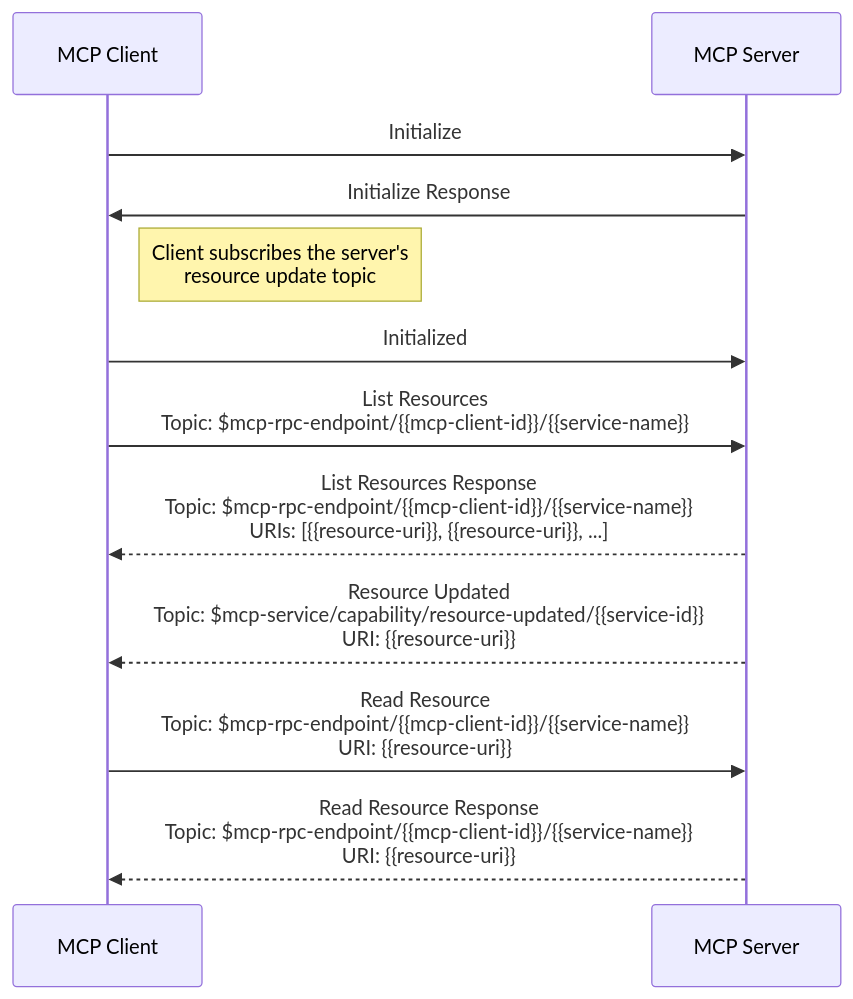
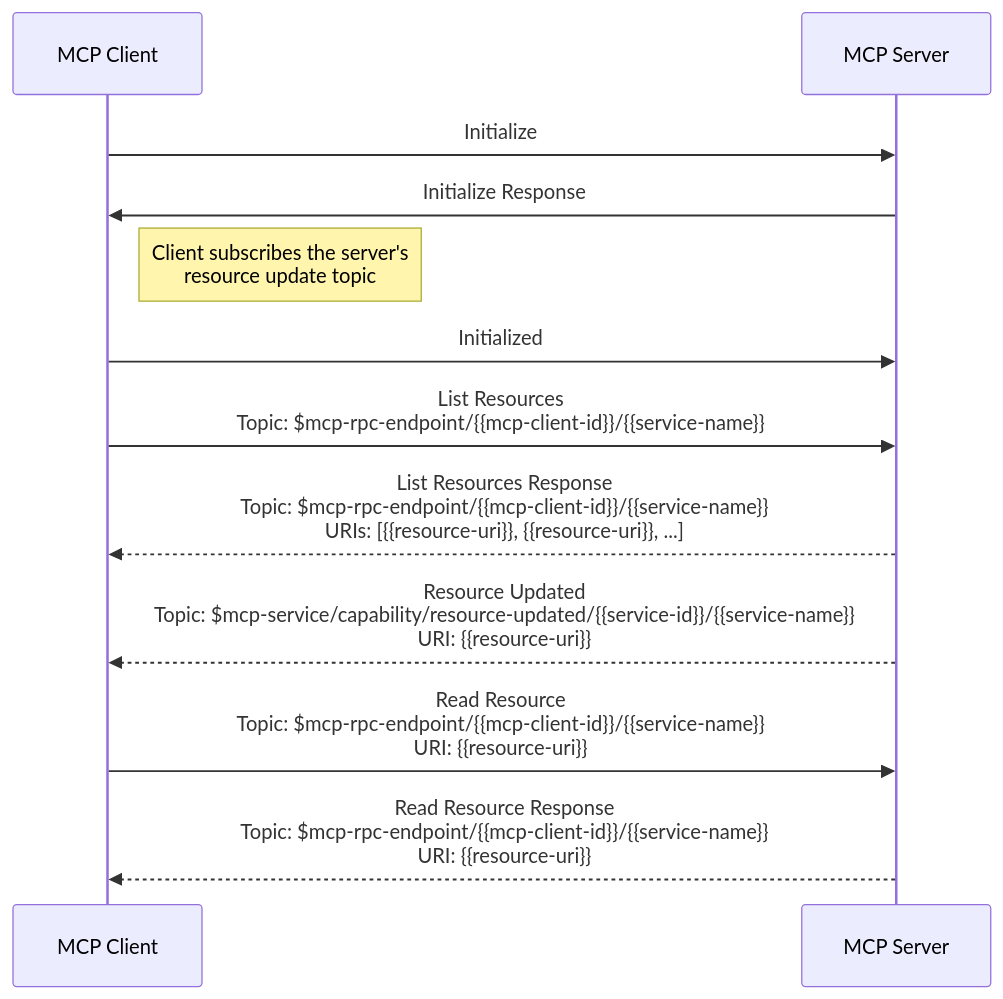
The fifth of 5 diagrams in hugo/content/docs/specification/2025-03-26/basic/mqtt_transport.md (xiaokunzhang/mcp-over-mqtt-site), drawn with Mermaid before and after one commit. The commit also changed other lines of this file, not shown here.

Commit message:
fix: the resource-updated topic should contains service-name

````diff
--- a/hugo/content/docs/specification/2025-03-26/basic/mqtt_transport.md
+++ b/hugo/content/docs/specification/2025-03-26/basic/mqtt_transport.md
@@ -359,21 +359,21 @@
 ```mermaid
 
 sequenceDiagram
     participant MCP_Client as MCP Client
     participant MCP_Server as MCP Server
 
     MCP_Client ->> MCP_Server: Initialize
     MCP_Server ->> MCP_Client: Initialize Response
     Note right of MCP_Client: Client subscribes the server's<br/>resource update topic
     MCP_Client ->> MCP_Server: Initialized
 
     MCP_Client ->> MCP_Server: List Resources<br/>Topic: $mcp-rpc-endpoint/{{mcp-client-id}}/{{service-name}}
 
     MCP_Server -->> MCP_Client: List Resources Response<br/>Topic: $mcp-rpc-endpoint/{{mcp-client-id}}/{{service-name}}<br/>URIs: [{{resource-uri}}, {{resource-uri}}, ...]
 
-    MCP_Server -->> MCP_Client: Resource Updated<br/>Topic: $mcp-service/capability/resource-updated/{{service-id}}<br/>URI: {{resource-uri}}
+    MCP_Server -->> MCP_Client: Resource Updated<br/>Topic: $mcp-service/capability/resource-updated/{{service-id}}/{{service-name}}<br/>URI: {{resource-uri}}
 
     MCP_Client ->> MCP_Server: Read Resource<br/>Topic: $mcp-rpc-endpoint/{{mcp-client-id}}/{{service-name}}<br/>URI: {{resource-uri}}
 
     MCP_Server -->> MCP_Client: Read Resource Response<br/>Topic: $mcp-rpc-endpoint/{{mcp-client-id}}/{{service-name}}<br/>URI: {{resource-uri}}
 ```
````
